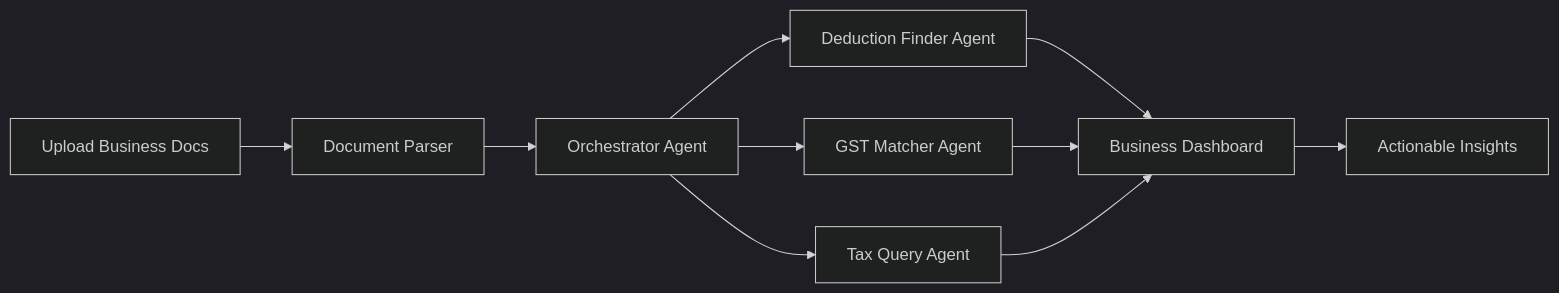
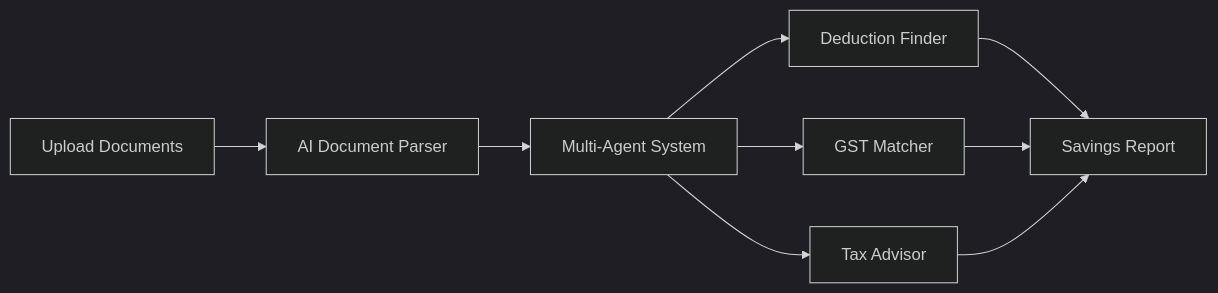
Before and after one commit to sushantpatil03/MumbaiHacks: the diagram in README.md, drawn with Mermaid (dark theme). The commit also changed other lines of this file and 1 other file, not shown here.

````diff
--- a/README.md
+++ b/README.md
@@ -99,12 +37,11 @@
 ```mermaid
 graph LR
-    A[Upload Business Docs] --> B[Document Parser]
-    B --> C[Orchestrator Agent]
-    C --> D[Deduction Finder Agent]
-    C --> E[GST Matcher Agent]
-    C --> F[Tax Query Agent]
-    D --> G[Business Dashboard]
+    A[Upload Documents] --> B[AI Document Parser]
+    B --> C[Multi-Agent System]
+    C --> D[Deduction Finder]
+    C --> E[GST Matcher]
+    C --> F[Tax Advisor]
+    D --> G[Savings Report]
     E --> G
     F --> G
-    G --> H[Actionable Insights]
 ```
````
